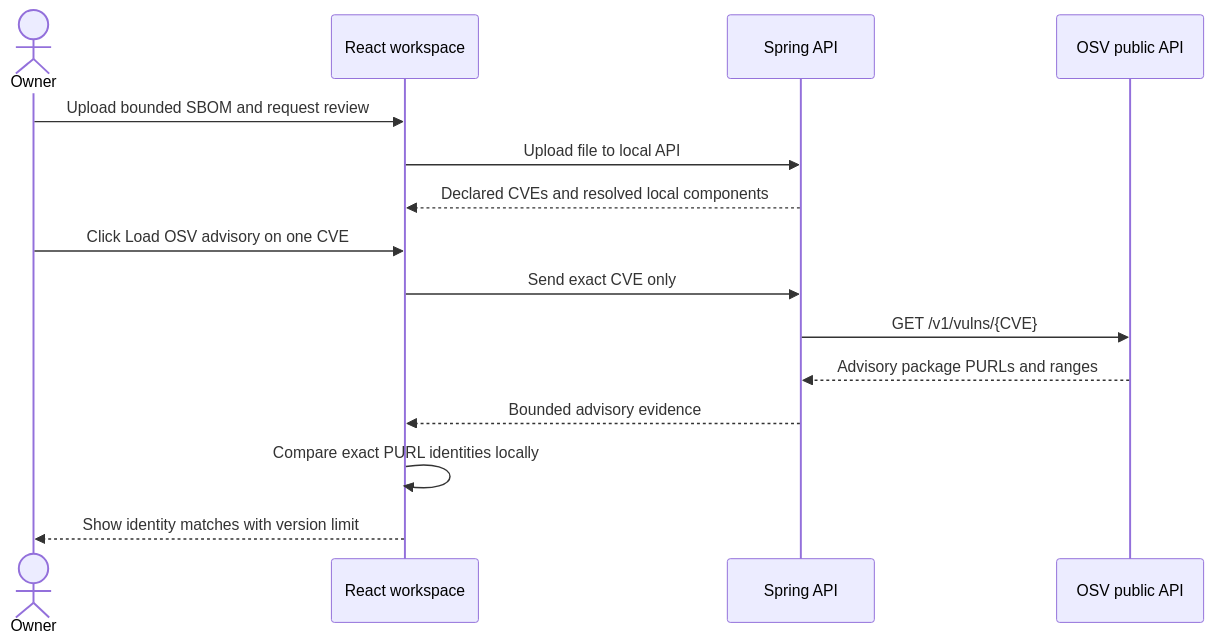
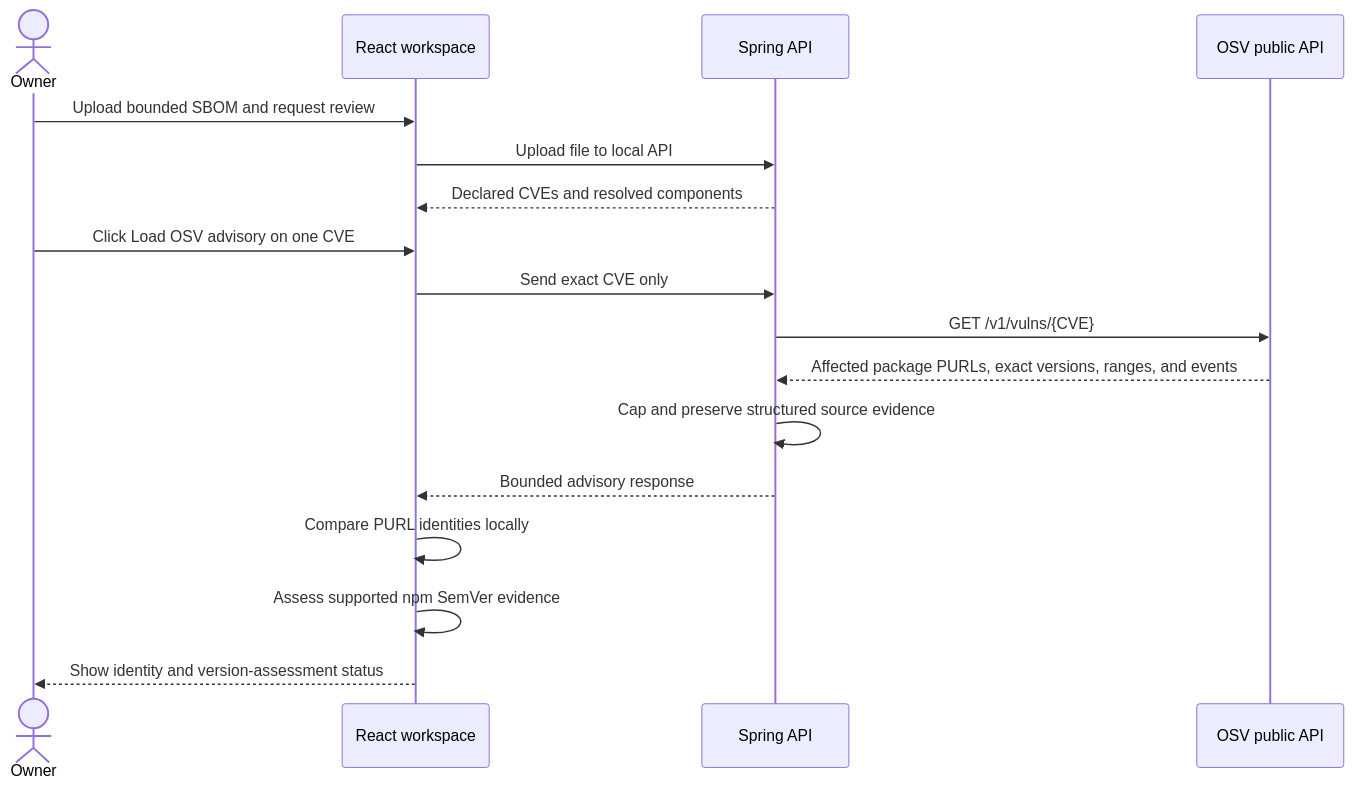
One commit to kavinash0310/aura-ai changed the diagram in docs/05-backend/SBOM-ADVISORY-CORRELATION.md. Above: the diagram before and after it, drawn with Mermaid. The commit also changed other lines of this file and 21 other files, not shown here.

First line of the commit message:
Assess npm OSV version applicability locally

````diff
--- a/docs/05-backend/SBOM-ADVISORY-CORRELATION.md
+++ b/docs/05-backend/SBOM-ADVISORY-CORRELATION.md
@@ -9,18 +9,20 @@
 ```mermaid
 sequenceDiagram
     actor Owner
     participant UI as React workspace
     participant API as Spring API
     participant OSV as OSV public API
 
     Owner->>UI: Upload bounded SBOM and request review
     UI->>API: Upload file to local API
-    API-->>UI: Declared CVEs and resolved local components
+    API-->>UI: Declared CVEs and resolved components
     Owner->>UI: Click Load OSV advisory on one CVE
     UI->>API: Send exact CVE only
     API->>OSV: GET /v1/vulns/{CVE}
-    OSV-->>API: Advisory package PURLs and ranges
-    API-->>UI: Bounded advisory evidence
-    UI->>UI: Compare exact PURL identities locally
-    UI-->>Owner: Show identity matches with version limit
+    OSV-->>API: Affected package PURLs, exact versions, ranges, and events
+    API->>API: Cap and preserve structured source evidence
+    API-->>UI: Bounded advisory response
+    UI->>UI: Compare PURL identities locally
+    UI->>UI: Assess supported npm SemVer evidence
+    UI-->>Owner: Show identity and version-assessment status
 ```
````
